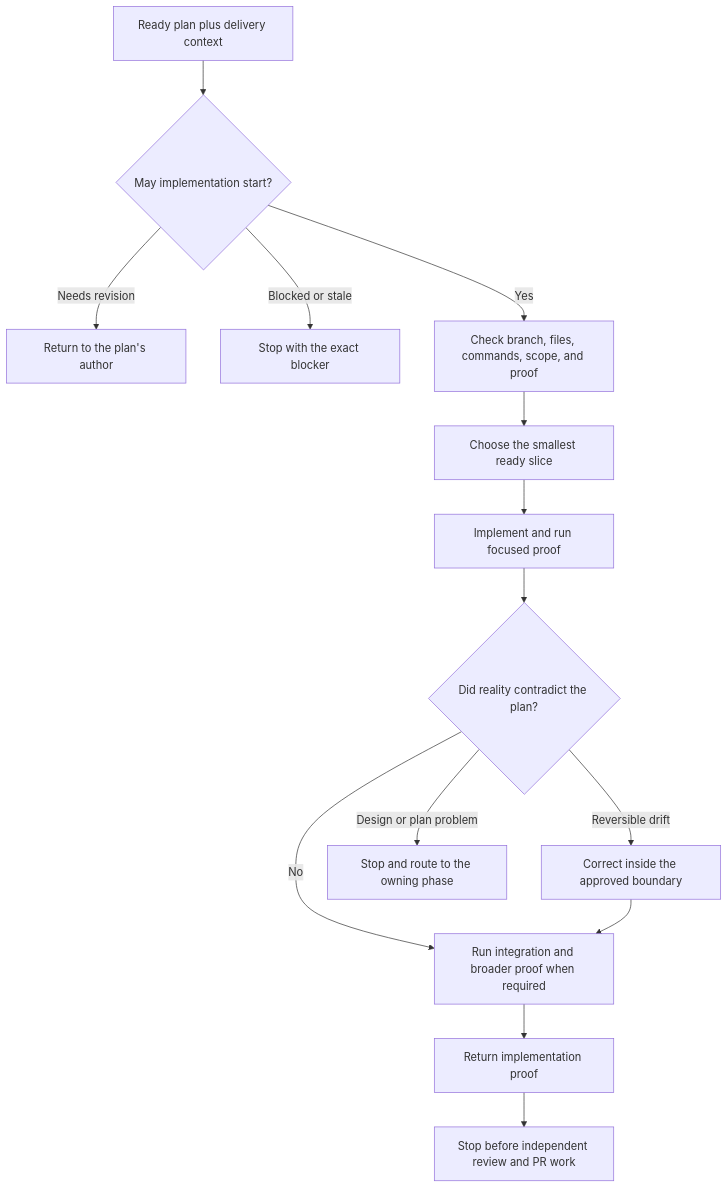
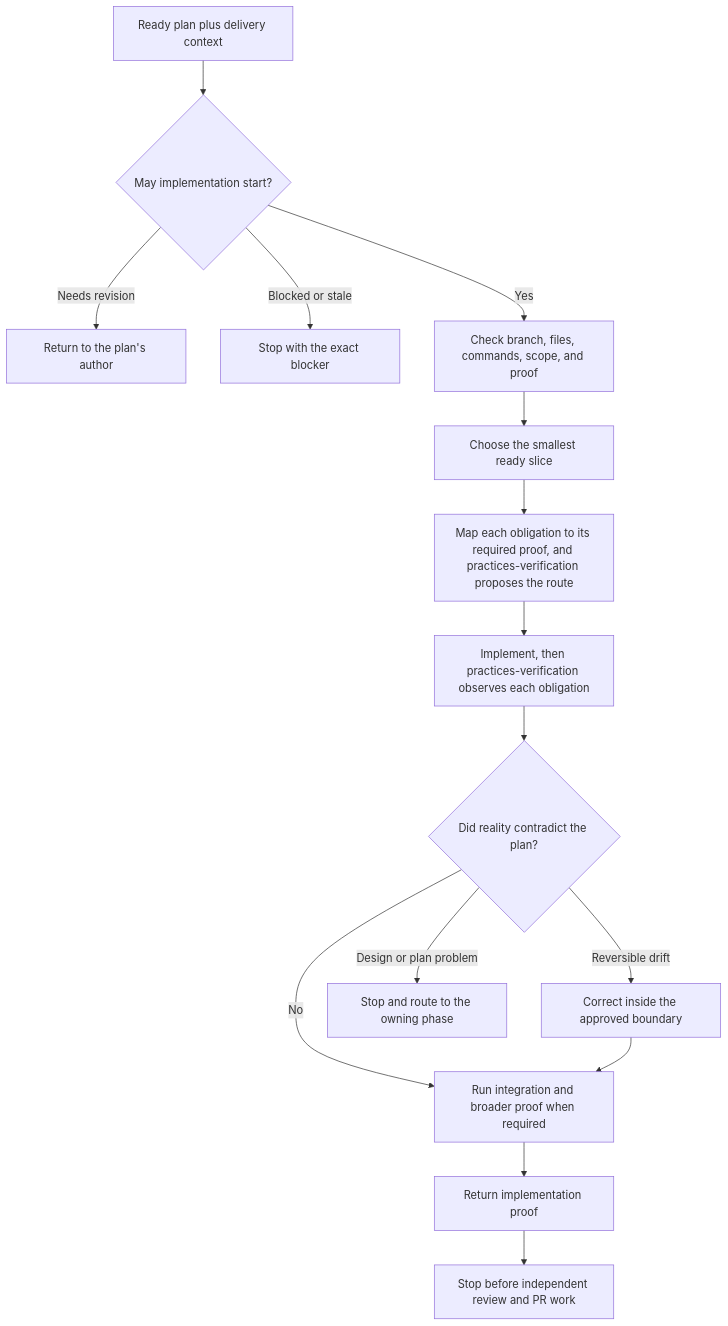
One commit to ShravanSunder/sunstack changed the diagram in plugins/sunstack-dev/skills/implement-plan/README.md. Above: the diagram before and after it, drawn with Mermaid. The commit also changed other lines of this file and 23 other files, not shown here.

````diff
--- a/plugins/sunstack-dev/skills/implement-plan/README.md
+++ b/plugins/sunstack-dev/skills/implement-plan/README.md
@@ -9,16 +9,17 @@
 ```mermaid
 flowchart TD
     A[Ready plan plus delivery context] --> B{May implementation start?}
     B -- Needs revision --> C[Return to the plan's author]
     B -- Blocked or stale --> D[Stop with the exact blocker]
     B -- Yes --> E[Check branch, files, commands, scope, and proof]
     E --> F[Choose the smallest ready slice]
-    F --> G[Implement and run focused proof]
+    F --> V[Map each obligation to its required proof, and practices-verification proposes the route]
+    V --> G[Implement, then practices-verification observes each obligation]
     G --> H{Did reality contradict the plan?}
     H -- Reversible drift --> I[Correct inside the approved boundary]
     H -- Design or plan problem --> J[Stop and route to the owning phase]
     H -- No --> K[Run integration and broader proof when required]
     I --> K
     K --> L[Return implementation proof]
     L --> M[Stop before independent review and PR work]
 ```
````
